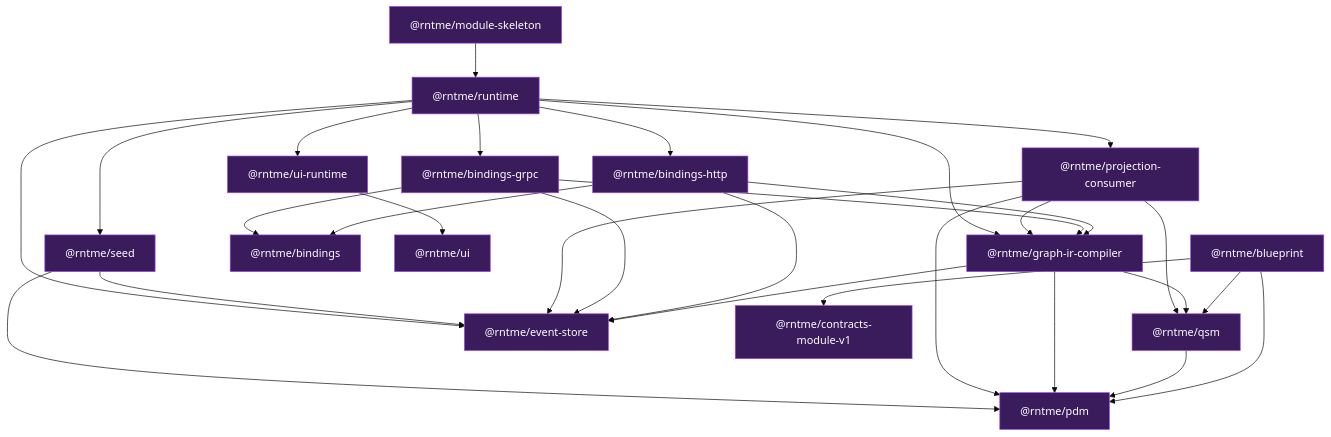
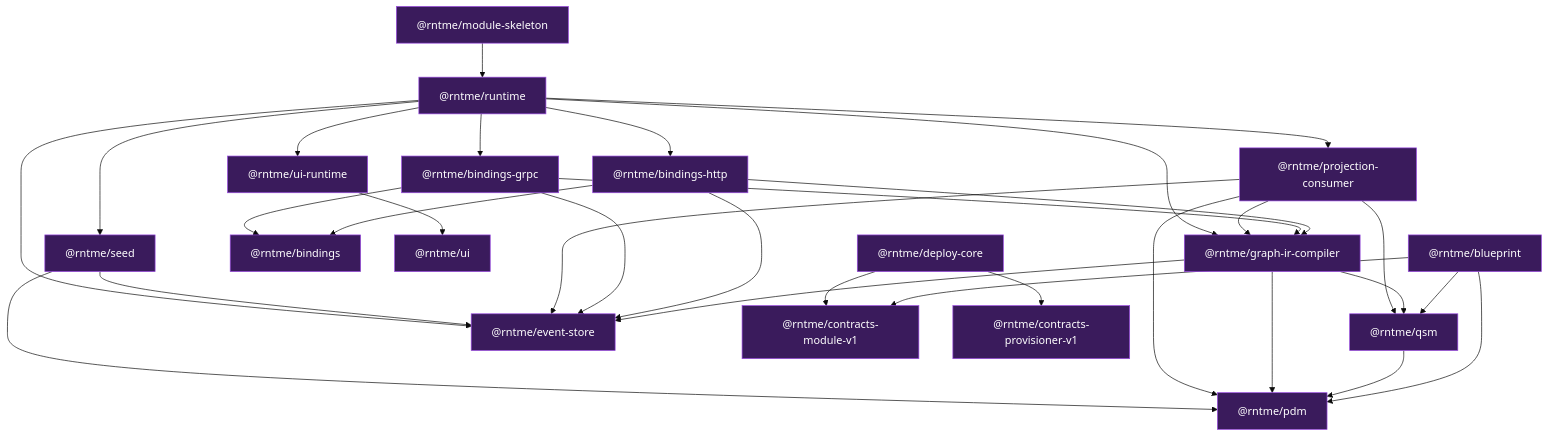
Before and after one commit to vladprrs/rntme: the second of 2 diagrams in README.md, drawn with Mermaid (base theme). The commit also changed other lines of this file and 17 other files, not shown here.

First line of the commit message:
refactor(contracts): extract @rntme/contracts-provisioner-v1 from deploy-core

````diff
--- a/README.md
+++ b/README.md
@@ -141,32 +142,35 @@
 ```mermaid
 flowchart TB
     classDef pkg fill:#3a1b5c,stroke:#9a4ae2,color:#fff;
     classDef demo fill:#1b5c3a,stroke:#4ae29a,color:#fff;
 
     BP["@rntme/blueprint"]:::pkg
     PDM["@rntme/pdm"]:::pkg
     QSM["@rntme/qsm"]:::pkg
     ES["@rntme/event-store"]:::pkg
     GIR["@rntme/graph-ir-compiler"]:::pkg
     B["@rntme/bindings"]:::pkg
     BH["@rntme/bindings-http"]:::pkg
     BG["@rntme/bindings-grpc"]:::pkg
     UI["@rntme/ui"]:::pkg
     UIR["@rntme/ui-runtime"]:::pkg
     PC["@rntme/projection-consumer"]:::pkg
     SD["@rntme/seed"]:::pkg
     RT["@rntme/runtime"]:::pkg
     MS["@rntme/module-skeleton"]:::pkg
     CMV1["@rntme/contracts-module-v1"]:::pkg
+    CPV1["@rntme/contracts-provisioner-v1"]:::pkg
+    DC["@rntme/deploy-core"]:::pkg
 
     BP --> PDM & QSM & CMV1
     QSM --> PDM
     GIR --> PDM & QSM & ES
     BH --> B & GIR & ES
     BG --> B & GIR & ES
     UIR --> UI
     PC --> ES & GIR & PDM & QSM
     SD --> ES & PDM
     RT --> BH & BG & UIR & PC & SD & GIR & ES
     MS --> RT
+    DC --> CMV1 & CPV1
 ```
````
